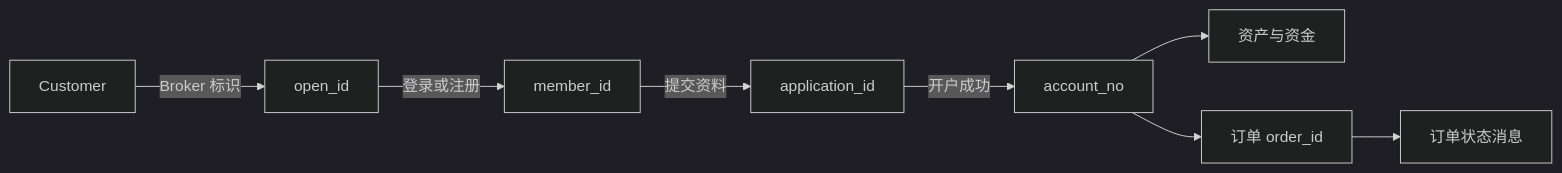
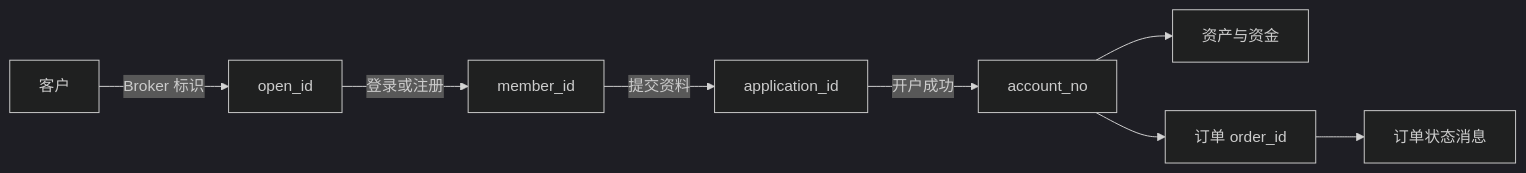
Before and after one commit to longbridge/whale-docs: the first of 2 diagrams in docs/zh-CN/docs/concepts.mdx, drawn with Mermaid (dark theme). The commit also changed other lines of this file and 72 other files, not shown here.

````diff
--- a/docs/zh-CN/docs/concepts.mdx
+++ b/docs/zh-CN/docs/concepts.mdx
@@ -20,10 +20,10 @@
 ```mermaid
 flowchart LR
-    A[Customer] -->|Broker 标识| B[open_id]
+    A[客户] -->|Broker 标识| B[open_id]
     B -->|登录或注册| C[member_id]
     C -->|提交资料| D[application_id]
     D -->|开户成功| E[account_no]
     E --> F[资产与资金]
     E --> G[订单 order_id]
     G --> H[订单状态消息]
 ```
````
